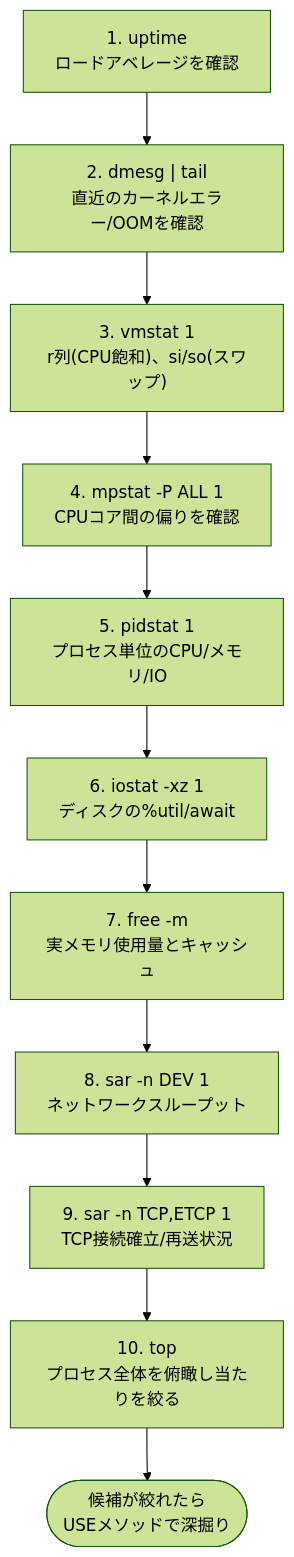
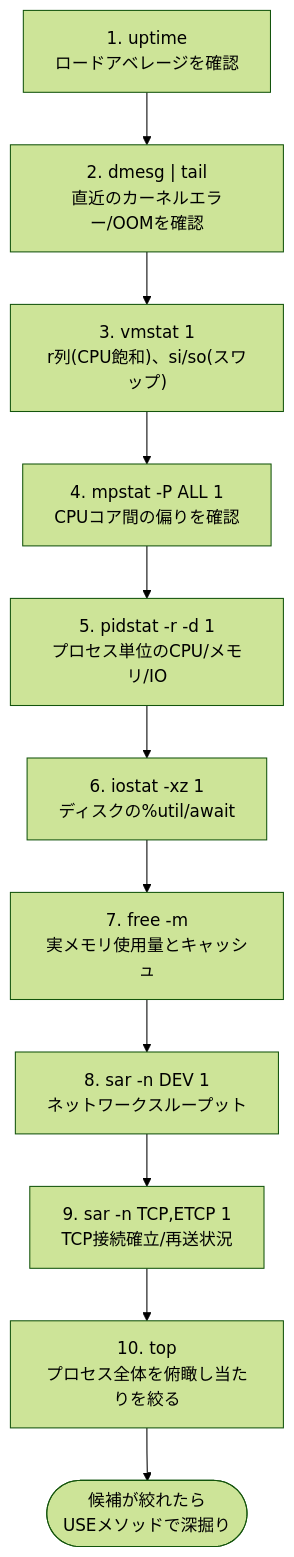
Before and after one commit to myoshi2891/Cloud-Infrastructure-Studies: diagram 17 of 18 in Systems-performance-guide.md, drawn with Mermaid (forest theme). The commit also changed other lines of this file, not shown here.

````diff
--- a/Systems-performance-guide.md
+++ b/Systems-performance-guide.md
@@ -567,13 +583,13 @@
 ```mermaid
 flowchart TB
     Q1["1. uptime<br/>ロードアベレージを確認"] --> Q2["2. dmesg | tail<br/>直近のカーネルエラー/OOMを確認"]
     Q2 --> Q3["3. vmstat 1<br/>r列(CPU飽和)、si/so(スワップ)"]
     Q3 --> Q4["4. mpstat -P ALL 1<br/>CPUコア間の偏りを確認"]
-    Q4 --> Q5["5. pidstat 1<br/>プロセス単位のCPU/メモリ/IO"]
+    Q4 --> Q5["5. pidstat -r -d 1<br/>プロセス単位のCPU/メモリ/IO"]
     Q5 --> Q6["6. iostat -xz 1<br/>ディスクの%util/await"]
     Q6 --> Q7["7. free -m<br/>実メモリ使用量とキャッシュ"]
     Q7 --> Q8["8. sar -n DEV 1<br/>ネットワークスループット"]
     Q8 --> Q9["9. sar -n TCP,ETCP 1<br/>TCP接続確立/再送状況"]
     Q9 --> Q10["10. top<br/>プロセス全体を俯瞰し当たりを絞る"]
     Q10 --> DONE(["候補が絞れたら<br/>USEメソッドで深掘り"])
 ```
````
